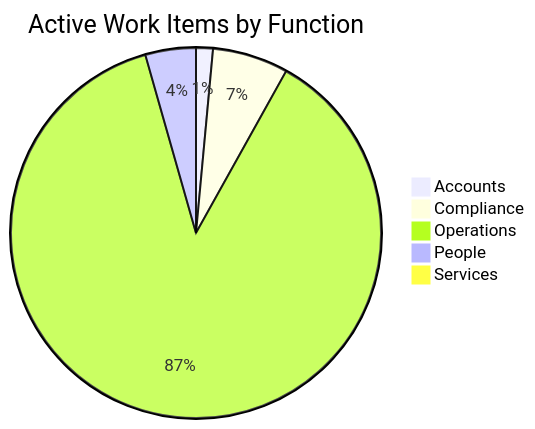
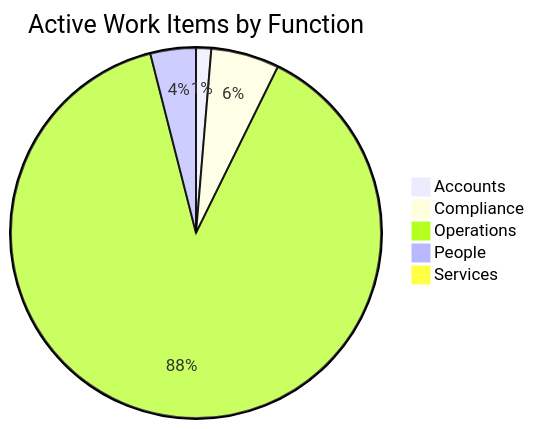
Before and after one commit to mgosal/5et.uk: the first of 3 diagrams in dashboard.md, drawn with Mermaid. The commit also changed other lines of this file and 3 other files, not shown here.

````diff
--- a/dashboard.md
+++ b/dashboard.md
@@ -191,8 +297,8 @@
 ```mermaid
 pie title Active Work Items by Function
     "Accounts" : 2
     "Compliance" : 9
-    "Operations" : 119
+    "Operations" : 134
     "People" : 6
     "Services" : 1
 ```
````
